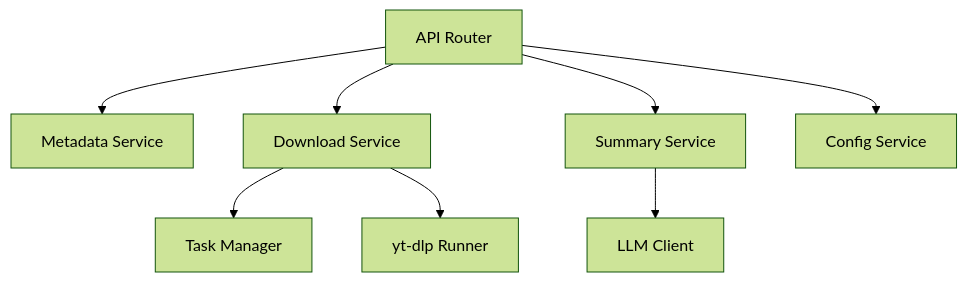
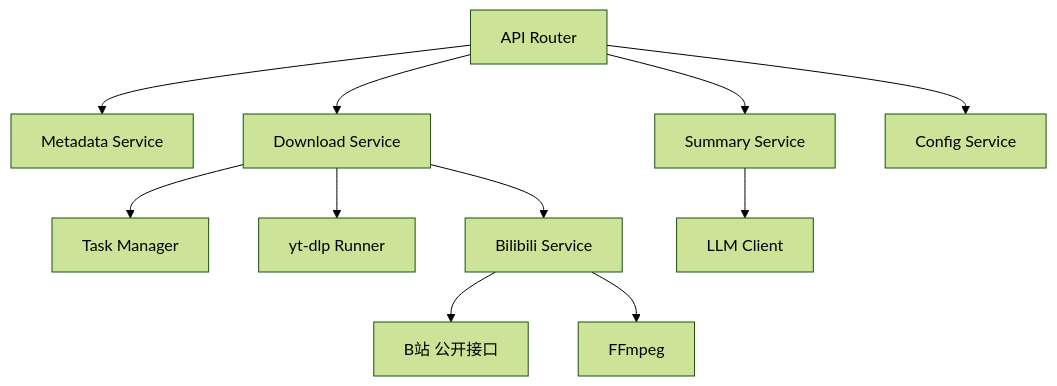
One commit to 250shiwo/video-Downloader changed the second of 3 diagrams in .trae/documents/video-downloader-architecture.md. Above: the diagram before and after it, drawn with Mermaid (forest theme). The commit also changed other lines of this file and 10 other files, not shown here.

````diff
--- a/.trae/documents/video-downloader-architecture.md
+++ b/.trae/documents/video-downloader-architecture.md
@@ -158,10 +160,13 @@
 ```mermaid
 flowchart TD
     A["API Router"] --> B["Metadata Service"]
     A --> C["Download Service"]
     A --> D["Summary Service"]
     A --> E["Config Service"]
     C --> F["Task Manager"]
     C --> G["yt-dlp Runner"]
-    D --> H["LLM Client"]
+    C --> H["Bilibili Service"]
+    H --> I["B站 公开接口"]
+    H --> J["FFmpeg"]
+    D --> K["LLM Client"]
 ```
````
